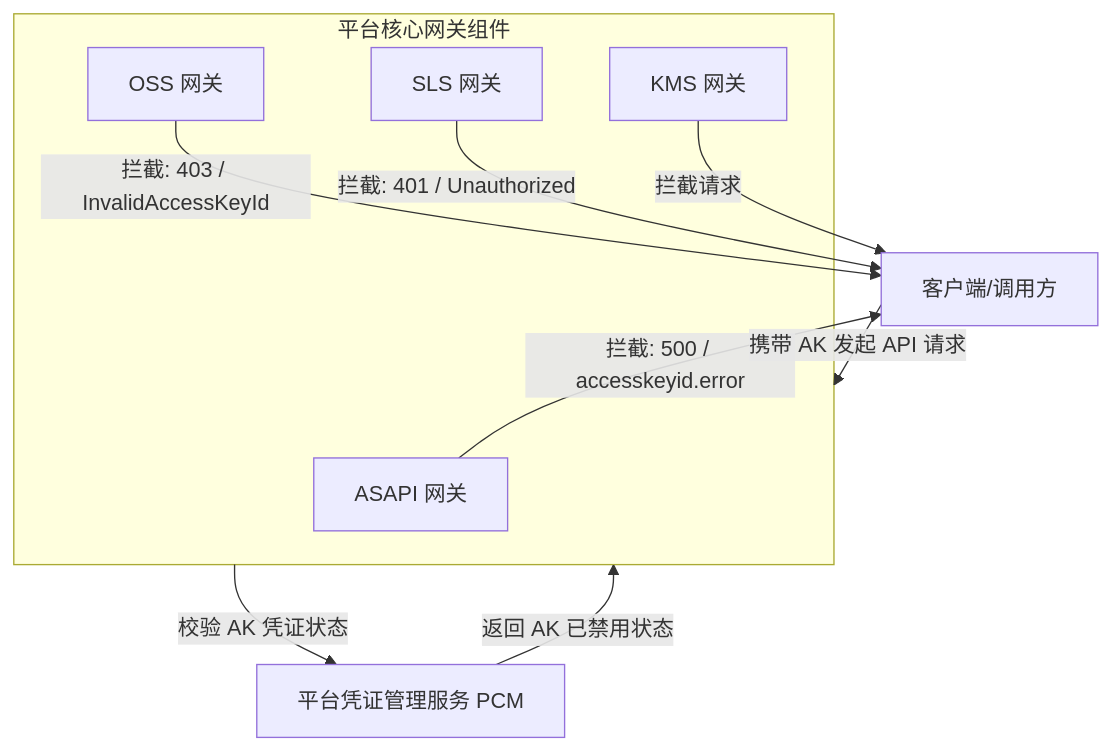
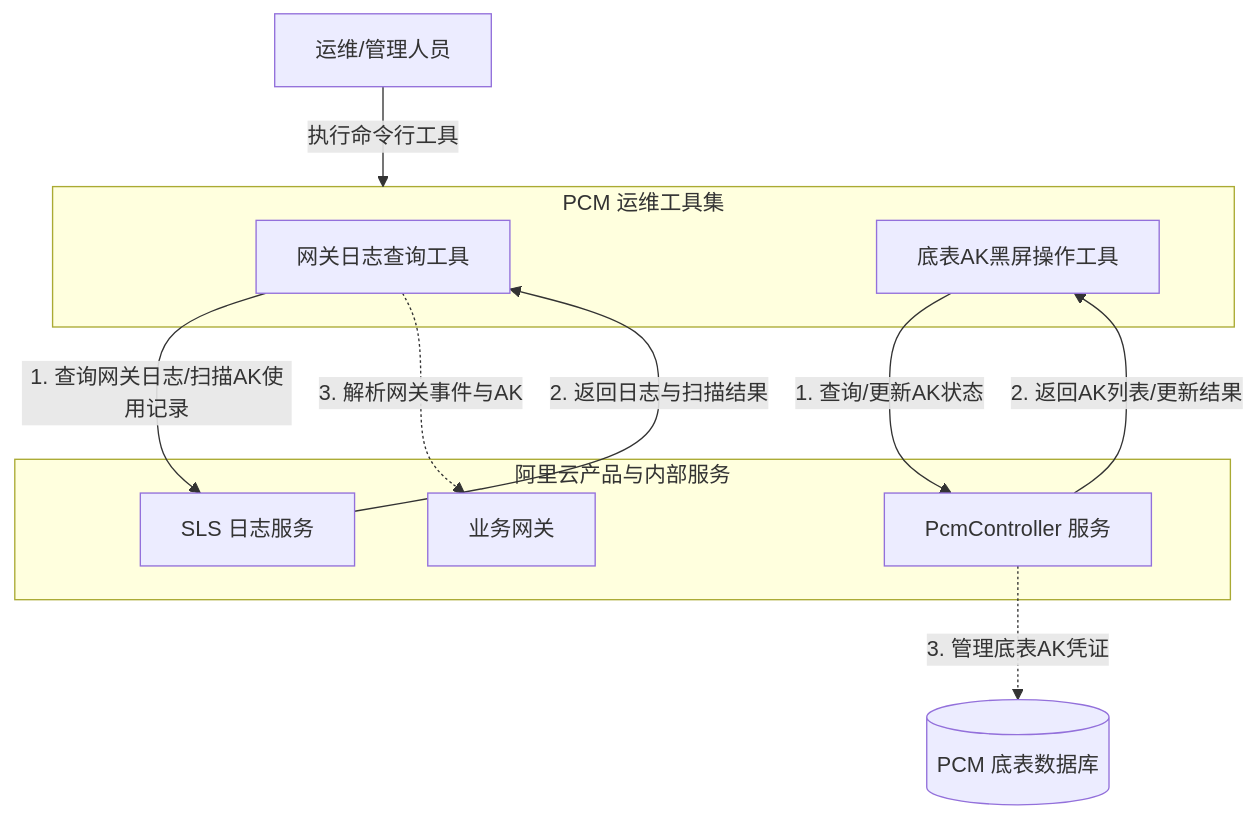
One commit to syj108/knowledge--base changed the second of 2 diagrams in pages/PCM/平台凭证管理服务/产品对外文档/服务介绍.md. Above: the diagram before and after it, drawn with Mermaid. The commit also changed other lines of this file and 16 other files, not shown here.

````diff
--- a/pages/PCM/平台凭证管理服务/产品对外文档/服务介绍.md
+++ b/pages/PCM/平台凭证管理服务/产品对外文档/服务介绍.md
@@ -73,20 +76,23 @@
 ```mermaid
 flowchart TD
-    Client[客户端/调用方] -->|携带 AK 发起 API 请求| GatewayGroup
+    User[运维/管理人员] -->|执行命令行工具| Tools[PCM 运维工具集]
     
-    subgraph GatewayGroup [平台核心网关组件]
-        ASAPI[ASAPI 网关]
-        OSS[OSS 网关]
-        SLS[SLS 网关]
-        KMS[KMS 网关]
+    subgraph Tools [PCM 运维工具集]
+        LogTool[网关日志查询工具]
+        AKTool[底表AK黑屏操作工具]
     end
+
+    subgraph AliCloud [阿里云产品与内部服务]
+        SLS[SLS 日志服务]
+        PCM_Ctrl[PcmController 服务]
+        Gateway[业务网关]
+    end
+
+    LogTool -->|1. 查询网关日志/扫描AK使用记录| SLS
+    SLS -->|2. 返回日志与扫描结果| LogTool
+    LogTool -.->|3. 解析网关事件与AK| Gateway
     
-    GatewayGroup -->|校验 AK 凭证状态| PCM[平台凭证管理服务 PCM]
-    
-    PCM -->|返回 AK 已禁用状态| GatewayGroup
-    
-    ASAPI -->|拦截: 500 / accesskeyid.error| Client
-    OSS -->|拦截: 403 / InvalidAccessKeyId| Client
-    SLS -->|拦截: 401 / Unauthorized| Client
-    KMS -->|拦截请求| Client
+    AKTool -->|1. 查询/更新AK状态| PCM_Ctrl
+    PCM_Ctrl -->|2. 返回AK列表/更新结果| AKTool
+    PCM_Ctrl -.->|3. 管理底表AK凭证| DB[(PCM 底表数据库)]
 ```
````
